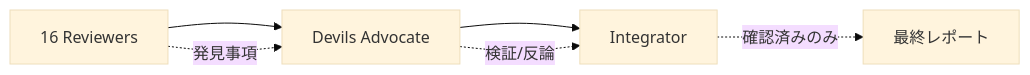
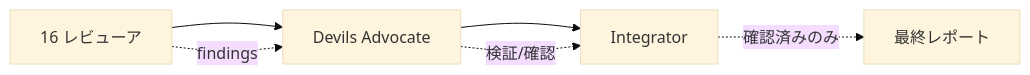
One commit to thkt/dotclaude changed the diagram in .ja/agents/orchestrators/audit-orchestrator.md. Above: the diagram before and after it, drawn with Mermaid (base theme). The commit also changed other lines of this file and 3 other files, not shown here.

````diff
--- a/.ja/agents/orchestrators/audit-orchestrator.md
+++ b/.ja/agents/orchestrators/audit-orchestrator.md
@@ -33,8 +52,8 @@
 ```mermaid
 flowchart LR
-    R[16 Reviewers] --> D[Devils Advocate]
+    R[16 レビューア] --> D[Devils Advocate]
     D --> I[Integrator]
-    R -.->|発見事項| D
-    D -.->|検証/反論| I
+    R -.->|findings| D
+    D -.->|検証/確認| I
     I -.->|確認済みのみ| O[最終レポート]
 ```
````
